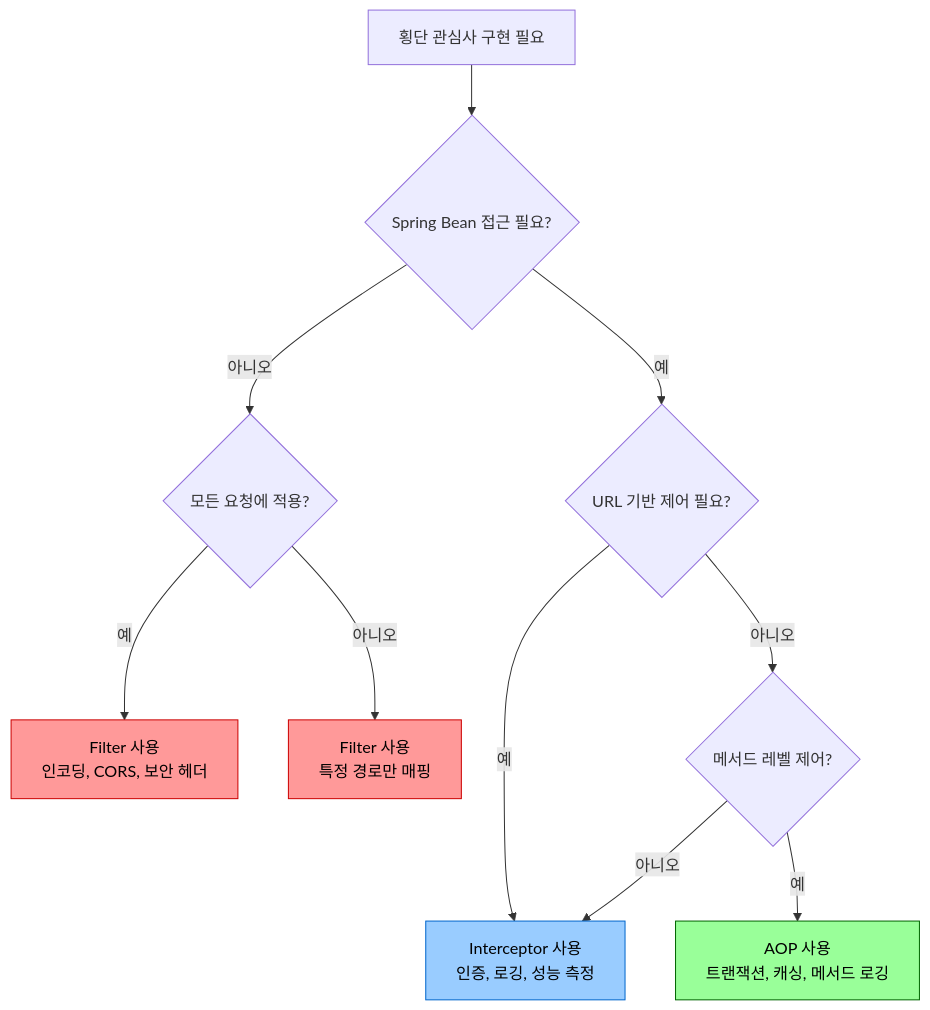
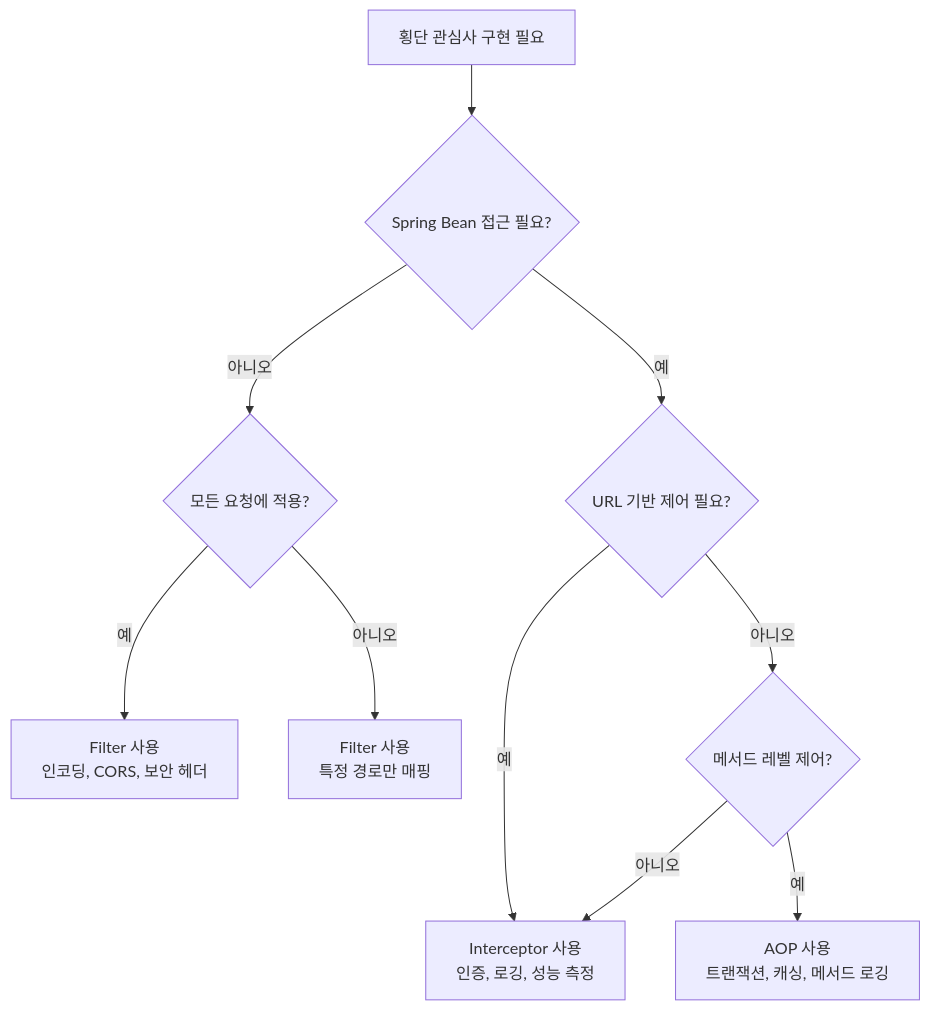
The second of 8 diagrams in _posts/spring/2026-05-02-spring-interceptor.md (yjkim2015/yjkim2015.github.io), drawn with Mermaid before and after one commit. The commit also changed other lines of this file and 215 other files, not shown here.

First line of the commit message:
신규 포스트 10개 추가 + Mermaid 전면 축소 + SystemDesign 시리즈 보강

````diff
--- a/_posts/spring/2026-05-02-spring-interceptor.md
+++ b/_posts/spring/2026-05-02-spring-interceptor.md
@@ -168,23 +140,12 @@
 ```mermaid
 flowchart TD
     A["횡단 관심사 구현 필요"] --> B{"Spring Bean 접근 필요?"}
     B -->|"아니오"| C{"모든 요청에 적용?"}
     B -->|"예"| D{"URL 기반 제어 필요?"}
-
     C -->|"예"| E["Filter 사용\n인코딩, CORS, 보안 헤더"]
     C -->|"아니오"| F["Filter 사용\n특정 경로만 매핑"]
-
     D -->|"예"| G["Interceptor 사용\n인증, 로깅, 성능 측정"]
     D -->|"아니오"| H{"메서드 레벨 제어?"}
-
     H -->|"예"| I["AOP 사용\n트랜잭션, 캐싱, 메서드 로깅"]
     H -->|"아니오"| G
-
-    classDef filter fill:#ff9999,stroke:#cc0000,color:#000
-    classDef interceptor fill:#99ccff,stroke:#0066cc,color:#000
-    classDef aop fill:#99ff99,stroke:#006600,color:#000
-
-    class E,F filter
-    class G interceptor
-    class I aop
 ```
````
